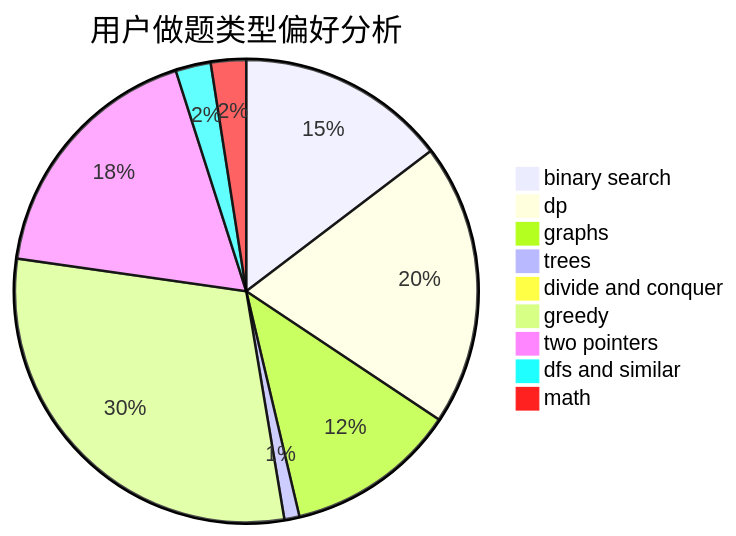
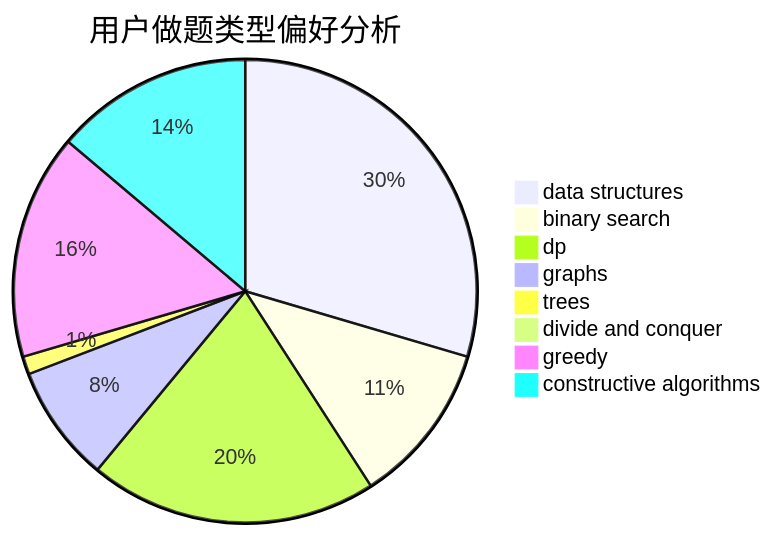
Before and after one commit to sherpahu/cfrs.github.io: the second of 3 diagrams in docs/user/u2625.md, drawn with Mermaid. The commit also changed other lines of this file and 2775 other files, not shown here.

````diff
--- a/docs/user/u2625.md
+++ b/docs/user/u2625.md
@@ -23,12 +23,11 @@
 ```mermaid
 pie title 用户做题类型偏好分析
-    "binary search" :  125
-    "dp" :  168
-    "graphs" :  102
-    "trees" :  9
+    "data structures" :  47
+    "binary search" :  18
+    "dp" :  32
+    "graphs" :  13
+    "trees" :  2
     "divide and conquer" :  0
-    "greedy" :  255
-    "two pointers" :  152
-    "dfs and similar" :  21
-    "math" :  21
+    "greedy" :  25
+    "constructive algorithms" :  22
 ```
````
